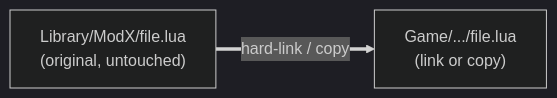
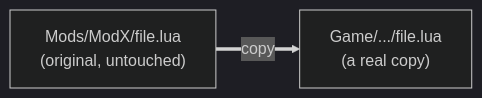
The third of 3 diagrams in docs/how-it-works/profiles-activation.md (FreeProject089/BMM-Docs), drawn with Mermaid (dark theme) before and after one commit. The commit also changed other lines of this file and 7 other files, not shown here.

````diff
--- a/docs/how-it-works/profiles-activation.md
+++ b/docs/how-it-works/profiles-activation.md
@@ -34,6 +85,6 @@
 ```mermaid
 flowchart LR
-    LIBFILE["Library/ModX/file.lua<br/>(original, untouched)"]
-    GAMEFILE["Game/.../file.lua<br/>(link or copy)"]
-    LIBFILE == "hard-link / copy" ==> GAMEFILE
+    LIBFILE["Mods/ModX/file.lua<br/>(original, untouched)"]
+    GAMEFILE["Game/.../file.lua<br/>(a real copy)"]
+    LIBFILE == "copy" ==> GAMEFILE
 ```
````
